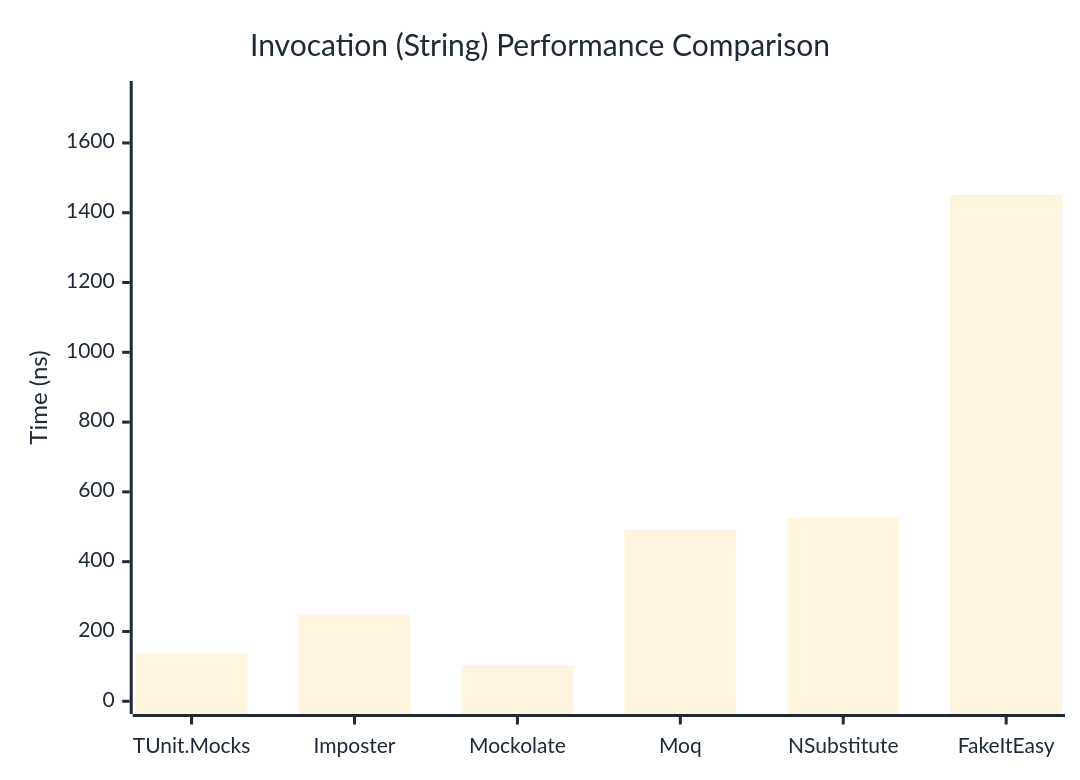
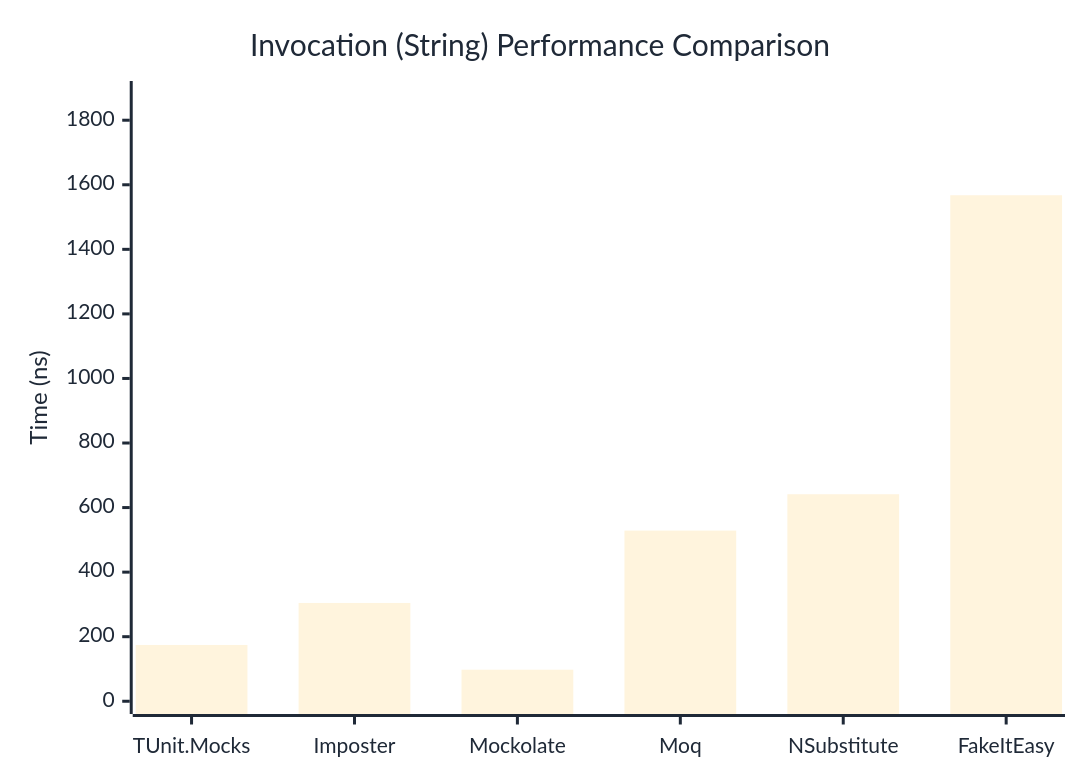
The second of 3 diagrams in docs/docs/benchmarks/mocks/Invocation.md (thomhurst/TUnit), drawn with Mermaid before and after one commit. The commit also changed other lines of this file and 14 other files, not shown here.

````diff
--- a/docs/docs/benchmarks/mocks/Invocation.md
+++ b/docs/docs/benchmarks/mocks/Invocation.md
@@ -71,27 +71,27 @@
 ```mermaid
 %%{init: {
   'theme':'base',
   'themeVariables': {
     'primaryColor': '#2563eb',
     'primaryTextColor': '#1f2937',
     'primaryBorderColor': '#1e40af',
     'lineColor': '#6b7280',
     'secondaryColor': '#7c3aed',
     'tertiaryColor': '#dc2626',
     'background': '#ffffff',
     'pie1': '#2563eb',
     'pie2': '#7c3aed',
     'pie3': '#dc2626',
     'pie4': '#f59e0b',
     'pie5': '#10b981',
     'pie6': '#06b6d4',
     'pie7': '#ec4899',
     'pie8': '#6366f1'
   }
 }}%%
 xychart-beta
   title "Invocation (String) Performance Comparison"
   x-axis ["TUnit.Mocks", "Imposter", "Mockolate", "Moq", "NSubstitute", "FakeItEasy"]
-  y-axis "Time (ns)" 0 --> 1741
-  bar [137.2, 248.3, 103, 492.4, 526.3, 1450.6]
+  y-axis "Time (ns)" 0 --> 1882
+  bar [174.37, 304.46, 97.77, 528.66, 641.27, 1567.58]
 ```
````
